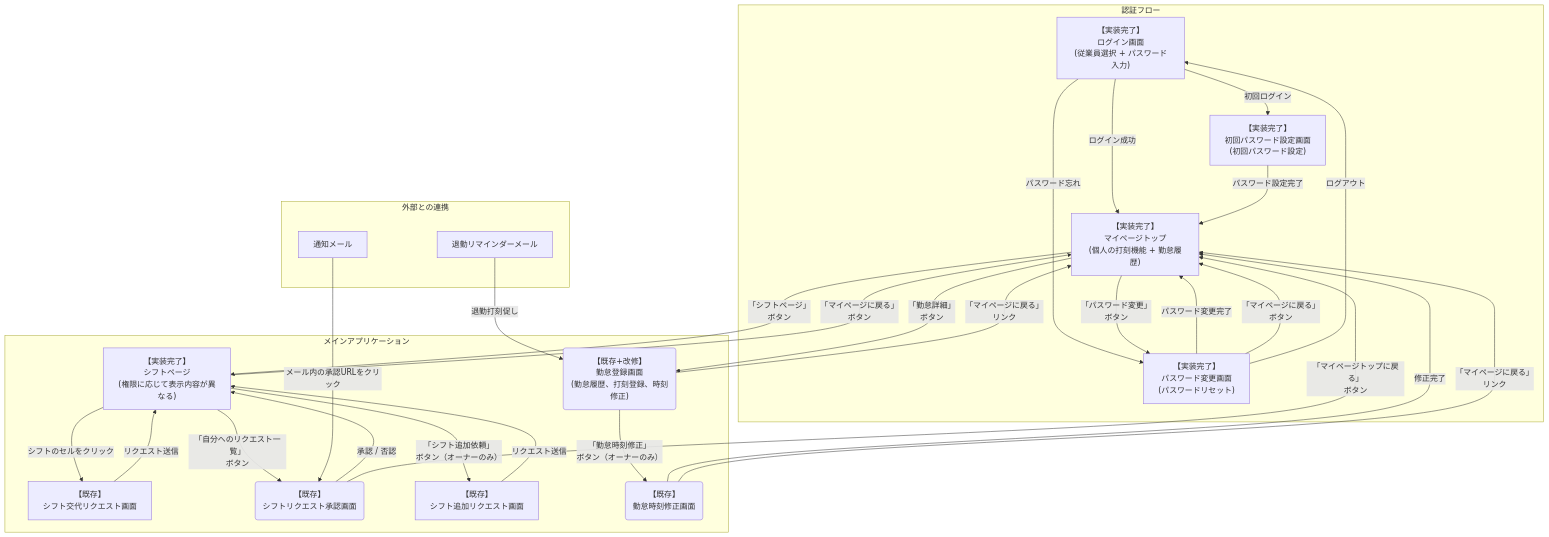
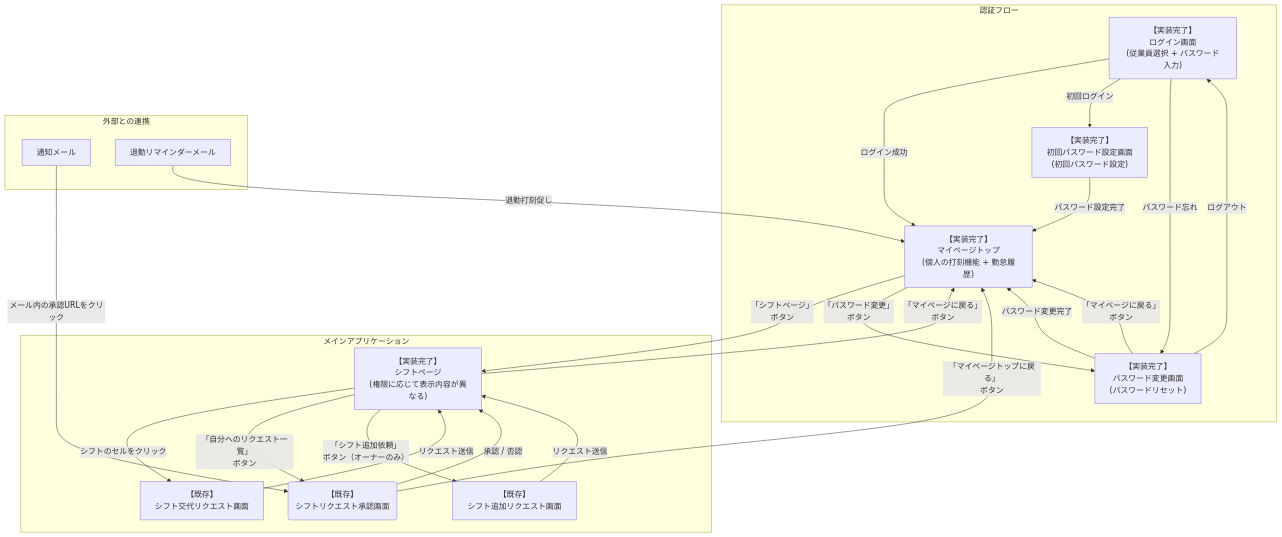
The diagram in docs/requirement.md (Hiru-ge/freee-Internship), drawn with Mermaid before and after one commit. The commit also changed other lines of this file and 1 other file, not shown here.

````diff
--- a/docs/requirement.md
+++ b/docs/requirement.md
@@ -73,38 +72,31 @@
 ```mermaid
 graph TD
     subgraph "認証フロー"
         Login["【実装完了】<br>ログイン画面<br>(従業員選択 + パスワード入力)"]
         Login -->|"ログイン成功"| MyPage["【実装完了】<br>マイページトップ<br>(個人の打刻機能 + 勤怠履歴)"]
         Login -->|"初回ログイン"| InitialPassword["【実装完了】<br>初回パスワード設定画面<br>(初回パスワード設定)"]
         InitialPassword -->|"パスワード設定完了"| MyPage
         Login -->|"パスワード忘れ"| PasswordChange["【実装完了】<br>パスワード変更画面<br>(パスワードリセット)"]
         PasswordChange -->|"パスワード変更完了"| MyPage
     end
 
     subgraph "メインアプリケーション"
         MyPage -->|"「シフトページ」<br>ボタン"| ShiftPage["【実装完了】<br>シフトページ<br>(権限に応じて表示内容が異なる)"]
         MyPage -->|"「パスワード変更」<br>ボタン"| PasswordChange
-        MyPage -->|"「勤怠詳細」<br>ボタン"| Detail("【既存+改修】<br>勤怠登録画面<br>(勤怠履歴、打刻登録、時刻修正)")
-
         ShiftPage -->|"「マイページに戻る」<br>ボタン"| MyPage
         ShiftPage -->|"シフトのセルをクリック"| RequestForm["【既存】<br>シフト交代リクエスト画面"]
         ShiftPage -->|"「自分へのリクエスト一覧」<br>ボタン"| Approval("【既存】<br>シフトリクエスト承認画面")
         ShiftPage -->|"「シフト追加依頼」<br>ボタン（オーナーのみ）"| AddForm["【既存】<br>シフト追加リクエスト画面"]
-
-        Detail -->|"「マイページに戻る」<br>リンク"| MyPage
-        Detail -->|"「勤怠時刻修正」<br>ボタン（オーナーのみ）"| TimeEdit("【既存】<br>勤怠時刻修正画面")
         RequestForm -->|"リクエスト送信"| ShiftPage
         Approval -->|"承認 / 否認"| ShiftPage
         Approval -->|"「マイページトップに戻る」<br>ボタン"| MyPage
         AddForm -->|"リクエスト送信"| ShiftPage
-        TimeEdit -->|"修正完了"| MyPage
-        TimeEdit -->|"「マイページに戻る」<br>リンク"| MyPage
         PasswordChange -->|"「マイページに戻る」<br>ボタン"| MyPage
         PasswordChange -->|"ログアウト"| Login
     end
 
     subgraph "外部との連携"
         Mail["通知メール"] -->|"メール内の承認URLをクリック"| Approval
-        Reminder["退勤リマインダーメール"] -->|"退勤打刻促し"| Detail
+        Reminder["退勤リマインダーメール"] -->|"退勤打刻促し"| MyPage
     end
 ```
````
